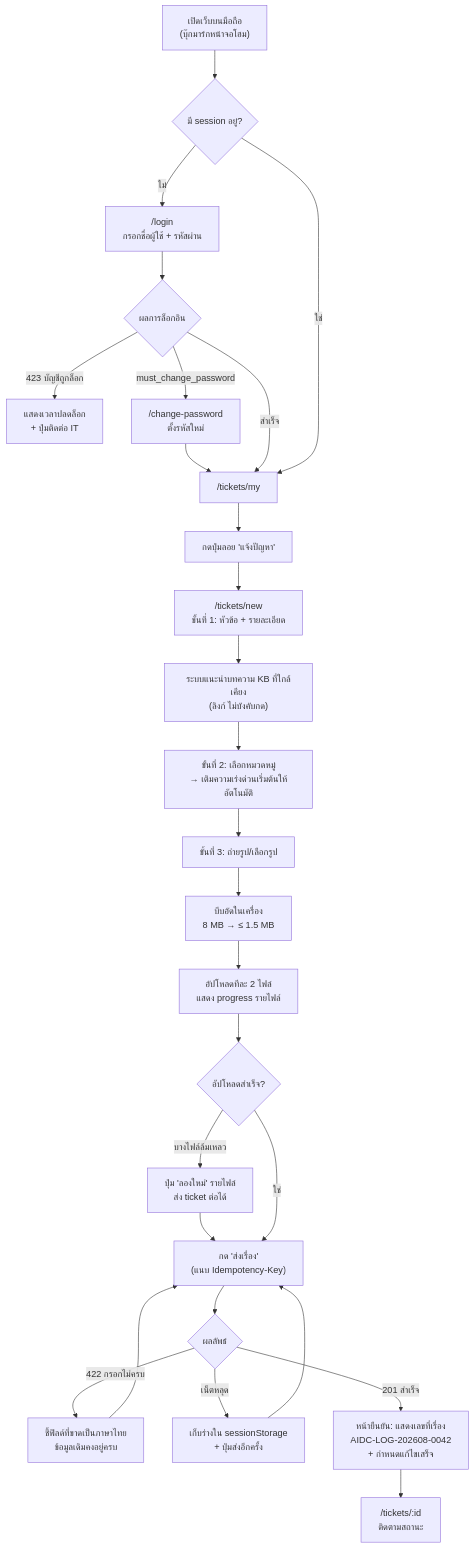
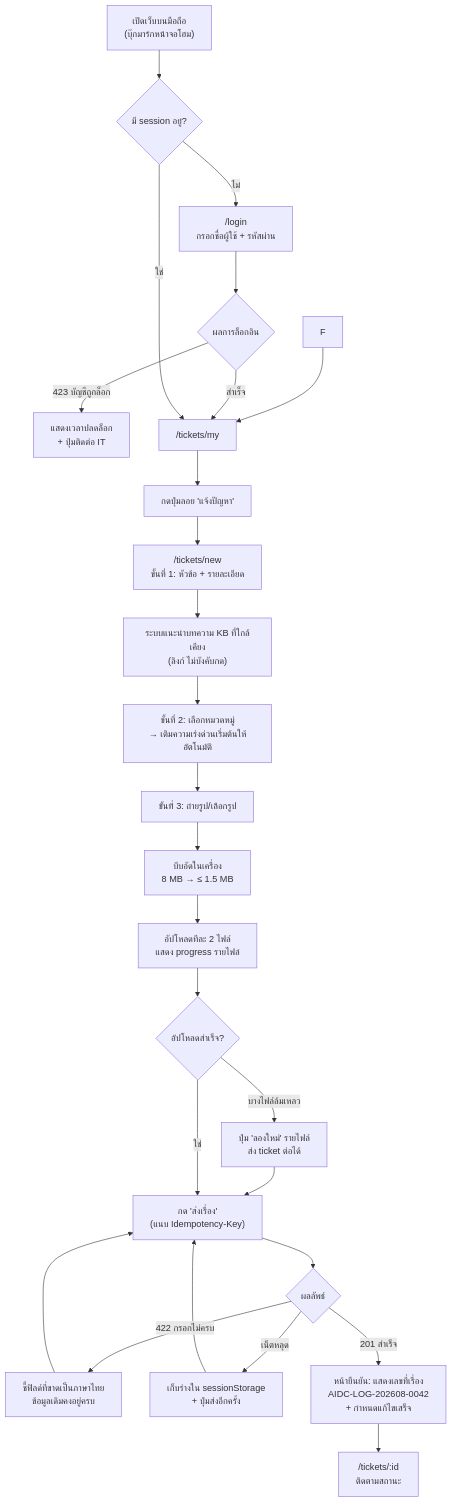
One commit to pradit2527/aidc-helpdesk changed the second of 5 diagrams in docs/21-ui-ux-design.md. Above: the diagram before and after it, drawn with Mermaid. The commit also changed other lines of this file and 14 other files, not shown here.

````diff
--- a/docs/21-ui-ux-design.md
+++ b/docs/21-ui-ux-design.md
@@ -163,30 +161,29 @@
 ```mermaid
 flowchart TD
     A["เปิดเว็บบนมือถือ<br/>(บุ๊กมาร์กหน้าจอโฮม)"] --> B{"มี session อยู่?"}
     B -- ไม่ --> C["/login<br/>กรอกชื่อผู้ใช้ + รหัสผ่าน"]
     C --> D{"ผลการล็อกอิน"}
     D -- "423 บัญชีถูกล็อก" --> E["แสดงเวลาปลดล็อก<br/>+ ปุ่มติดต่อ IT"]
-    D -- "must_change_password" --> F["/change-password<br/>ตั้งรหัสใหม่"]
     F --> G
     D -- สำเร็จ --> G["/tickets/my"]
     B -- ใช่ --> G
 
     G --> H["กดปุ่มลอย 'แจ้งปัญหา'"]
     H --> I["/tickets/new<br/>ขั้นที่ 1: หัวข้อ + รายละเอียด"]
     I --> J["ระบบแนะนำบทความ KB ที่ใกล้เคียง<br/>(ลิงก์ ไม่บังคับกด)"]
     J --> K["ขั้นที่ 2: เลือกหมวดหมู่<br/>→ เติมความเร่งด่วนเริ่มต้นให้อัตโนมัติ"]
     K --> L["ขั้นที่ 3: ถ่ายรูป/เลือกรูป"]
     L --> M["บีบอัดในเครื่อง<br/>8 MB → ≤ 1.5 MB"]
     M --> N["อัปโหลดทีละ 2 ไฟล์<br/>แสดง progress รายไฟล์"]
     N --> O{"อัปโหลดสำเร็จ?"}
     O -- "บางไฟล์ล้มเหลว" --> P["ปุ่ม 'ลองใหม่' รายไฟล์<br/>ส่ง ticket ต่อได้"]
     P --> Q
     O -- ใช่ --> Q["กด 'ส่งเรื่อง'<br/>(แนบ Idempotency-Key)"]
     Q --> R{"ผลลัพธ์"}
     R -- "422 กรอกไม่ครบ" --> S["ชี้ฟิลด์ที่ขาดเป็นภาษาไทย<br/>ข้อมูลเดิมคงอยู่ครบ"]
     S --> Q
     R -- "เน็ตหลุด" --> T["เก็บร่างใน sessionStorage<br/>+ ปุ่มส่งอีกครั้ง"]
     T --> Q
     R -- "201 สำเร็จ" --> U["หน้ายืนยัน: แสดงเลขที่เรื่อง<br/>AIDC-LOG-202608-0042<br/>+ กำหนดแก้ไขเสร็จ"]
     U --> V["/tickets/:id<br/>ติดตามสถานะ"]
 ```
````
